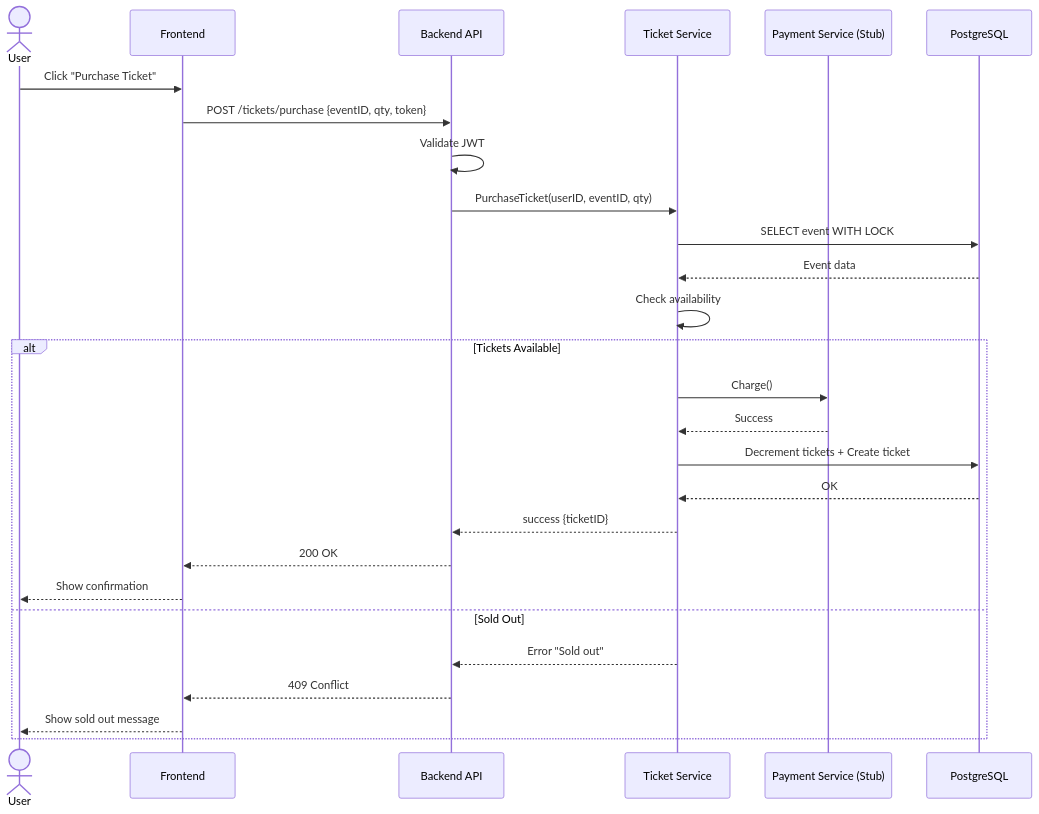
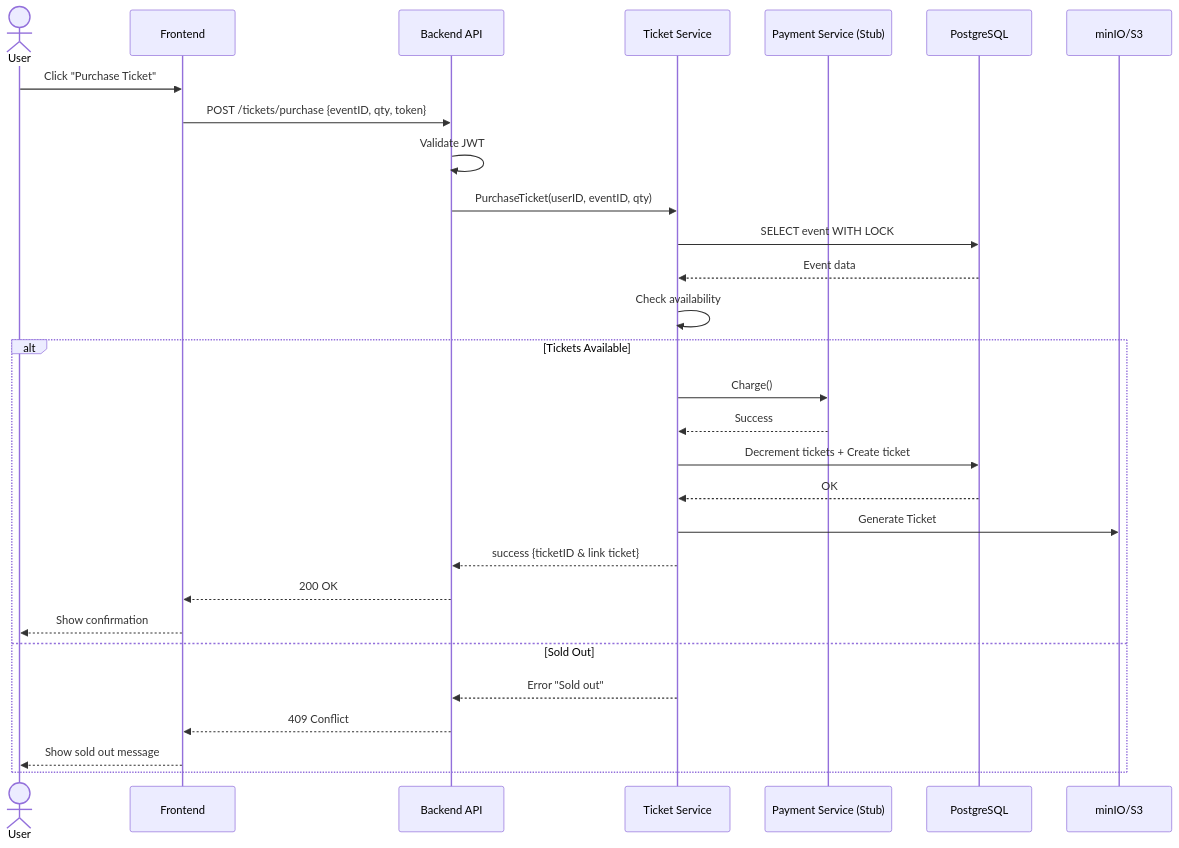
One commit to fajarAnd/bm-project-scaffolding changed the fourth of 7 diagrams in docs/Architecture.md. Above: the diagram before and after it, drawn with Mermaid. The commit also changed other lines of this file and 4 other files, not shown here.

Commit message:
feat:add minIO for using storage in  local development

````diff
--- a/docs/Architecture.md
+++ b/docs/Architecture.md
@@ -175,38 +175,41 @@
 ```mermaid
 
 sequenceDiagram
     actor User
     participant FE as Frontend
     participant API as Backend API
     participant TicketSvc as Ticket Service
     participant Payment as Payment Service (Stub)
     participant DB as PostgreSQL
+    participant storage as minIO/S3
 
     User ->> FE: Click "Purchase Ticket"
     FE ->> API: POST /tickets/purchase {eventID, qty, token}
 
     API ->> API: Validate JWT
 
     API ->> TicketSvc: PurchaseTicket(userID, eventID, qty)
 
     TicketSvc ->> DB: SELECT event WITH LOCK
     DB -->> TicketSvc: Event data
 
     TicketSvc ->> TicketSvc: Check availability
 
     alt Tickets Available
         TicketSvc ->> Payment: Charge()
         Payment -->> TicketSvc: Success
 
         TicketSvc ->> DB: Decrement tickets + Create ticket
         DB -->> TicketSvc: OK
+        
+        TicketSvc ->> storage: Generate Ticket
 
-        TicketSvc -->> API: success {ticketID}
+        TicketSvc -->> API: success {ticketID & link ticket}
         API -->> FE: 200 OK
         FE -->> User: Show confirmation
     else Sold Out
         TicketSvc -->> API: Error "Sold out"
         API -->> FE: 409 Conflict
         FE -->> User: Show sold out message
     end
 ```
````
